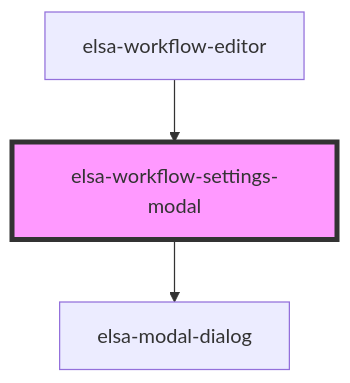
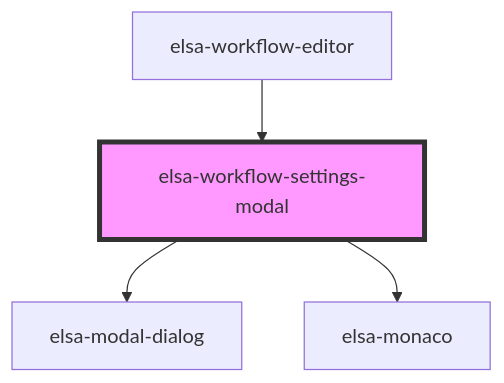
Before and after one commit to elsa-workflows/elsa-core: the diagram in src/designer/elsa-workflows-studio/src/components/editors/workflow-editor/elsa-workflow-settings-modal/readme.md, drawn with Mermaid. The commit also changed other lines of this file and 38 other files, not shown here.

````diff
--- a/src/designer/elsa-workflows-studio/src/components/editors/workflow-editor/elsa-workflow-settings-modal/readme.md
+++ b/src/designer/elsa-workflows-studio/src/components/editors/workflow-editor/elsa-workflow-settings-modal/readme.md
@@ -26,6 +27,7 @@
 ```mermaid
 graph TD;
   elsa-workflow-settings-modal --> elsa-modal-dialog
+  elsa-workflow-settings-modal --> elsa-monaco
   elsa-workflow-editor --> elsa-workflow-settings-modal
   style elsa-workflow-settings-modal fill:#f9f,stroke:#333,stroke-width:4px
 ```
````
